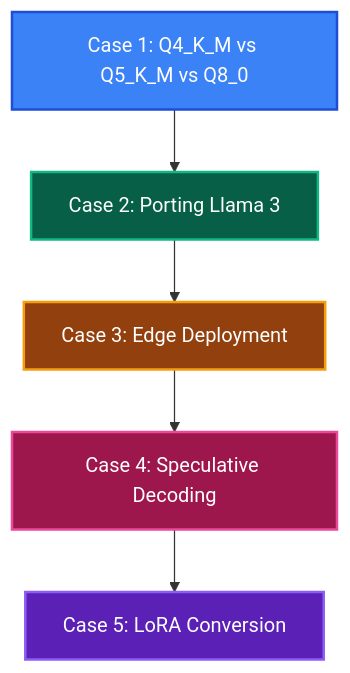
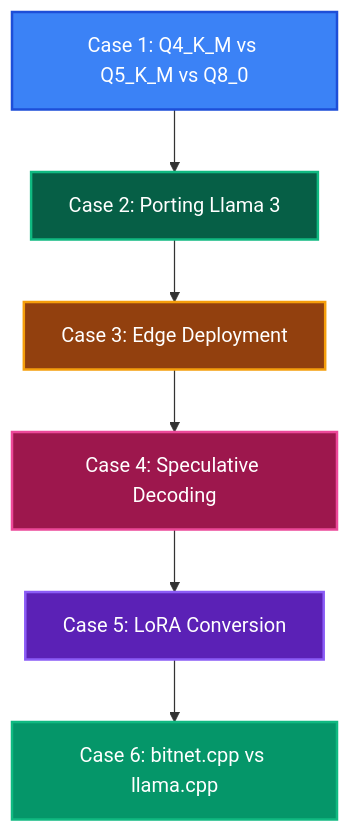
One commit to tuandung222/llama-cpp-architecture-lectures changed the diagram in docs/case_studies/roadmap_case_studies.md. Above: the diagram before and after it, drawn with Mermaid. The commit also changed other lines of this file and 14 other files, not shown here.

First line of the commit message:
Source-code audit: fix 9 hallucinations + add BitNet.cpp curriculum (lesson_10, theory_7, case_6)

````diff
--- a/docs/case_studies/roadmap_case_studies.md
+++ b/docs/case_studies/roadmap_case_studies.md
@@ -12,13 +12,15 @@
 ```mermaid
 graph TD
     CS1[Case 1: Q4_K_M vs Q5_K_M vs Q8_0] --> CS2[Case 2: Porting Llama 3]
     CS2 --> CS3[Case 3: Edge Deployment]
     CS3 --> CS4[Case 4: Speculative Decoding]
     CS4 --> CS5[Case 5: LoRA Conversion]
+    CS5 --> CS6[Case 6: bitnet.cpp vs llama.cpp]
 
     style CS1 fill:#3b82f6,stroke:#1d4ed8,stroke-width:2px,color:#fff
     style CS2 fill:#065f46,stroke:#10b981,stroke-width:2px,color:#fff
     style CS3 fill:#92400e,stroke:#f59e0b,stroke-width:2px,color:#fff
     style CS4 fill:#9d174d,stroke:#ec4899,stroke-width:2px,color:#fff
     style CS5 fill:#5b21b6,stroke:#8b5cf6,stroke-width:2px,color:#fff
+    style CS6 fill:#059669,stroke:#10b981,stroke-width:2px,color:#fff
 ```
````
